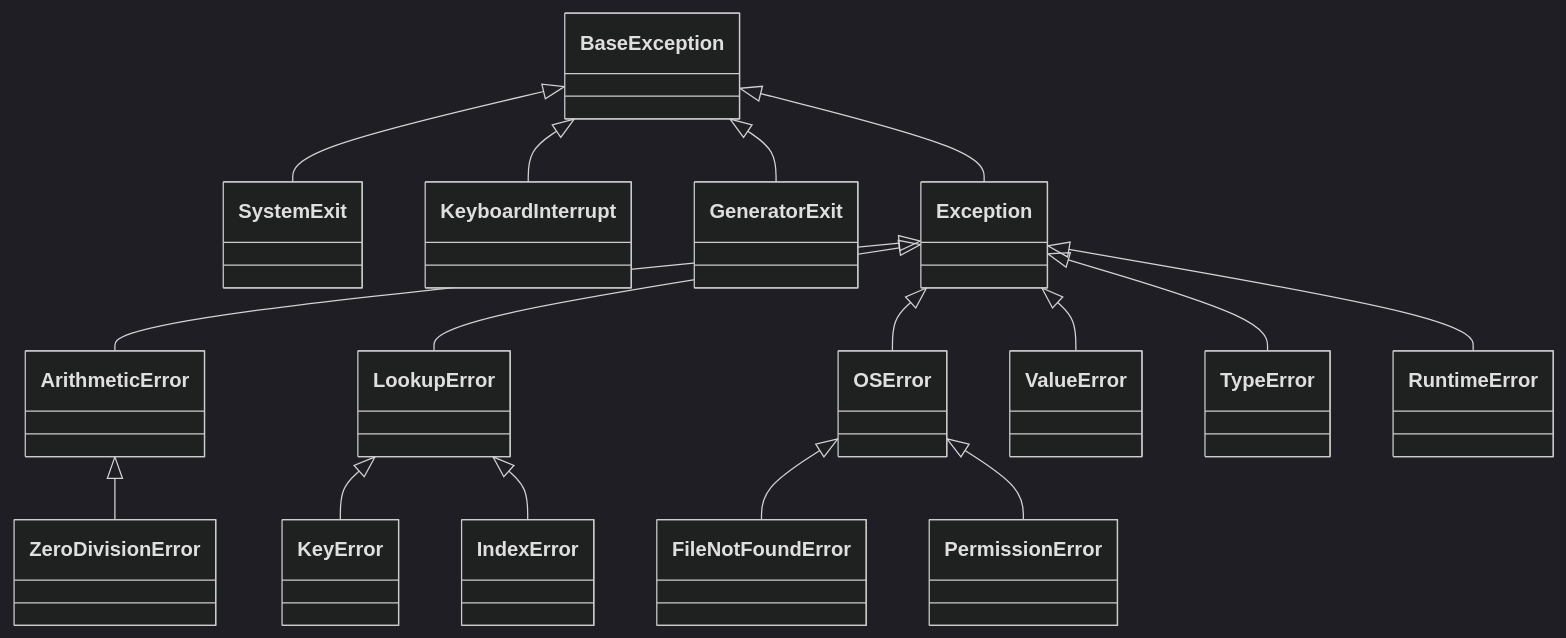
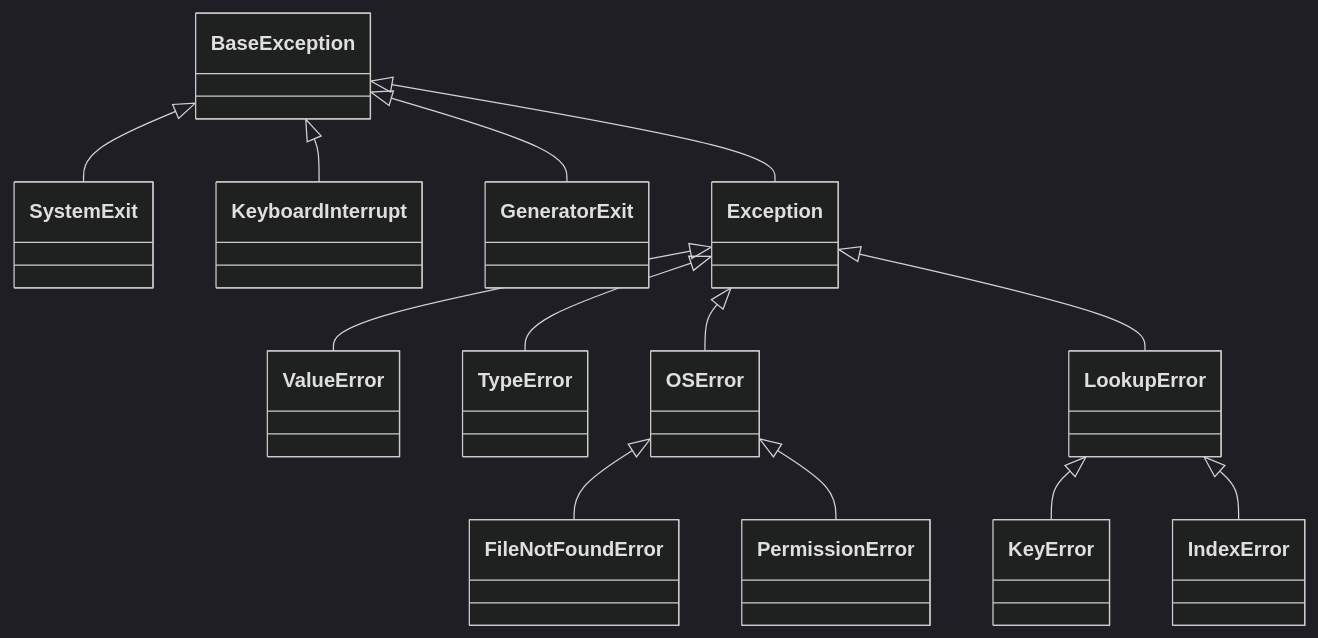
The second of 3 diagrams in src/content/python/exception-handling.md (AvadhBhalodiya/Interview-Preparation), drawn with Mermaid (dark theme) before and after one commit. The commit also changed other lines of this file and 80 other files, not shown here.

````diff
--- a/src/content/python/exception-handling.md
+++ b/src/content/python/exception-handling.md
@@ -312,20 +235,15 @@
 ```mermaid
 classDiagram
     BaseException <|-- SystemExit
     BaseException <|-- KeyboardInterrupt
     BaseException <|-- GeneratorExit
     BaseException <|-- Exception
-
-    Exception <|-- ArithmeticError
-    Exception <|-- LookupError
-    Exception <|-- OSError
     Exception <|-- ValueError
     Exception <|-- TypeError
-    Exception <|-- RuntimeError
-
-    ArithmeticError <|-- ZeroDivisionError
+    Exception <|-- OSError
+    Exception <|-- LookupError
+    OSError <|-- FileNotFoundError
+    OSError <|-- PermissionError
     LookupError <|-- KeyError
     LookupError <|-- IndexError
-    OSError <|-- FileNotFoundError
-    OSError <|-- PermissionError
 ```
````
